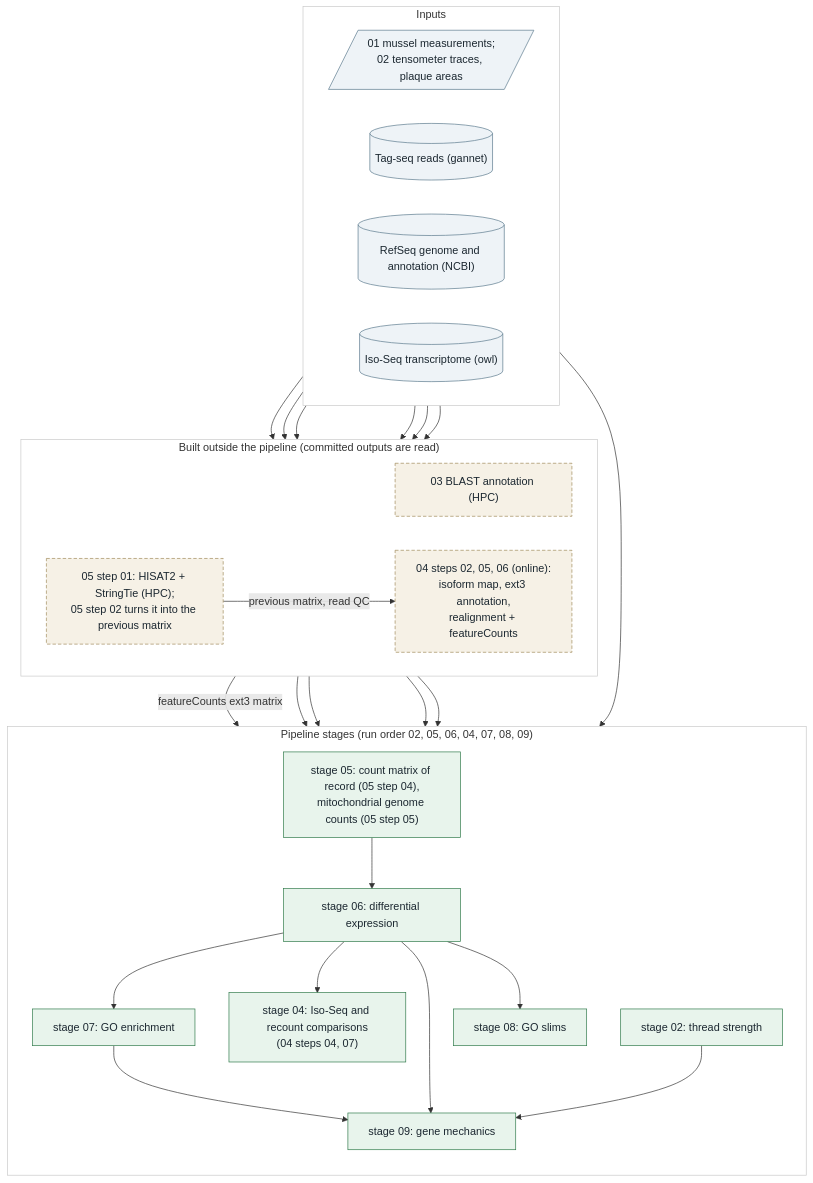
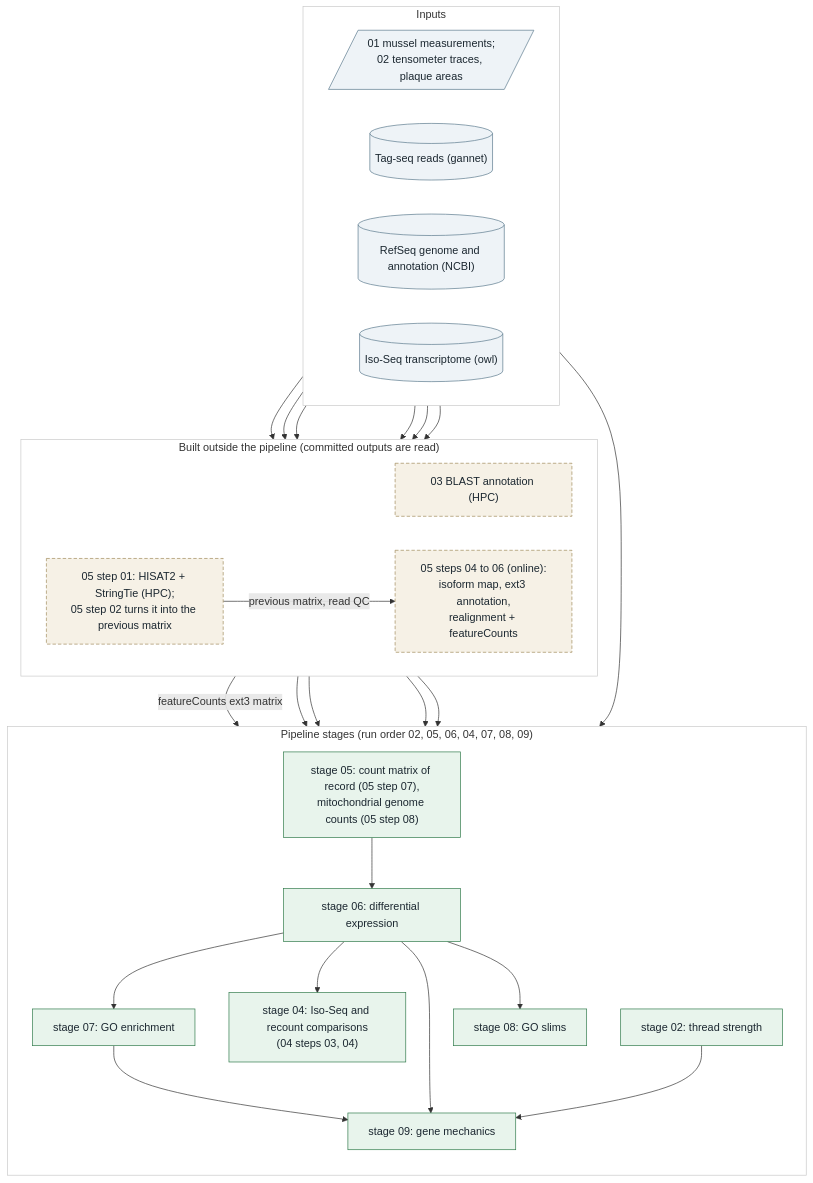
The first of 9 diagrams in README.md (mattgeorgephd/PSMFC-mytilus-byssus-pilot), drawn with Mermaid before and after one commit. The commit also changed other lines of this file and 109 other files, not shown here.

First line of the commit message:
Move the count-building steps into 05_sequence-alignment

````diff
--- a/README.md
+++ b/README.md
@@ -94,55 +94,55 @@
 ```mermaid
 flowchart TB
   subgraph IN["Inputs"]
     direction LR
     raw1[/"01 mussel measurements;<br>02 tensometer traces, plaque areas"/]
     reads[("Tag-seq reads (gannet)")]
     ref[("RefSeq genome and annotation (NCBI)")]
     iso[("Iso-Seq transcriptome (owl)")]
   end
   subgraph OFF["Built outside the pipeline (committed outputs are read)"]
     direction LR
     blast["03 BLAST annotation (HPC)"]
     hpc["05 step 01: HISAT2 + StringTie (HPC);<br>05 step 02 turns it into the previous matrix"]
-    build["04 steps 02, 05, 06 (online):<br>isoform map, ext3 annotation,<br>realignment + featureCounts"]
+    build["05 steps 04 to 06 (online):<br>isoform map, ext3 annotation,<br>realignment + featureCounts"]
   end
   subgraph RUN["Pipeline stages (run order 02, 05, 06, 04, 07, 08, 09)"]
     direction TB
     s02["stage 02: thread strength"]
-    s05["stage 05: count matrix of record (05 step 04),<br>mitochondrial genome counts (05 step 05)"]
+    s05["stage 05: count matrix of record (05 step 07),<br>mitochondrial genome counts (05 step 08)"]
     s06["stage 06: differential expression"]
-    s04["stage 04: Iso-Seq and recount comparisons<br>(04 steps 04, 07)"]
+    s04["stage 04: Iso-Seq and recount comparisons<br>(04 steps 03, 04)"]
     s07["stage 07: GO enrichment"]
     s08["stage 08: GO slims"]
     s09["stage 09: gene mechanics"]
   end
   raw1 --> s02
   reads --> hpc
   ref --> hpc
   ref --> blast
   reads --> build
   ref --> build
   iso --> build
   hpc -- "previous matrix, read QC" --> build
   build -- "featureCounts ext3 matrix" --> s05
   s05 --> s06
   blast --> s06
   blast --> s07
   blast --> s09
   s06 --> s04
   build --> s04
   s06 --> s07
   s06 --> s08
   s07 --> s09
   s06 --> s09
   s02 --> s09
   classDef ext fill:#eef3f7,stroke:#5b7a8c,color:#1b2730
   classDef off fill:#f6f1e6,stroke:#a08a5a,stroke-dasharray:5 3,color:#1b2730
   classDef run fill:#e8f4ec,stroke:#2f7a4a,color:#1b2730
   class raw1,reads,ref,iso ext
   class blast,hpc,build off
   class s02,s05,s06,s04,s07,s08,s09 run
   style IN fill:#ffffff,stroke:#c9c9c9
   style OFF fill:#ffffff,stroke:#c9c9c9
   style RUN fill:#ffffff,stroke:#c9c9c9
 ```
````
